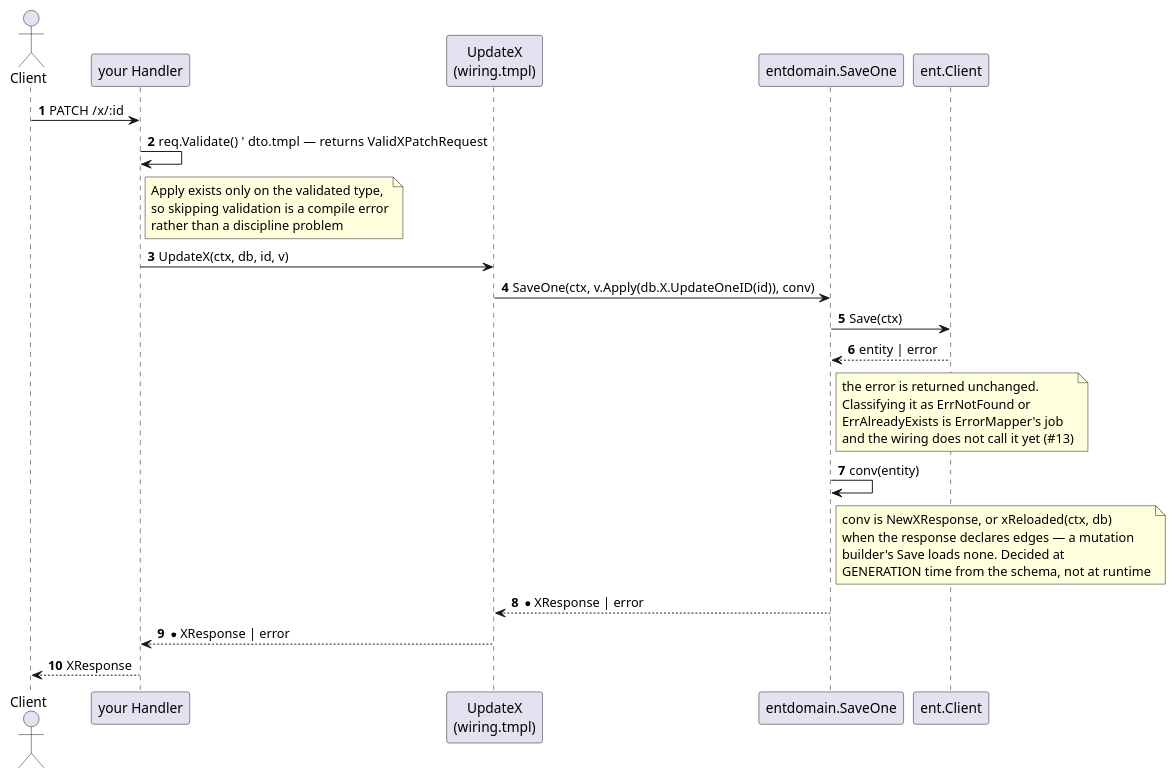
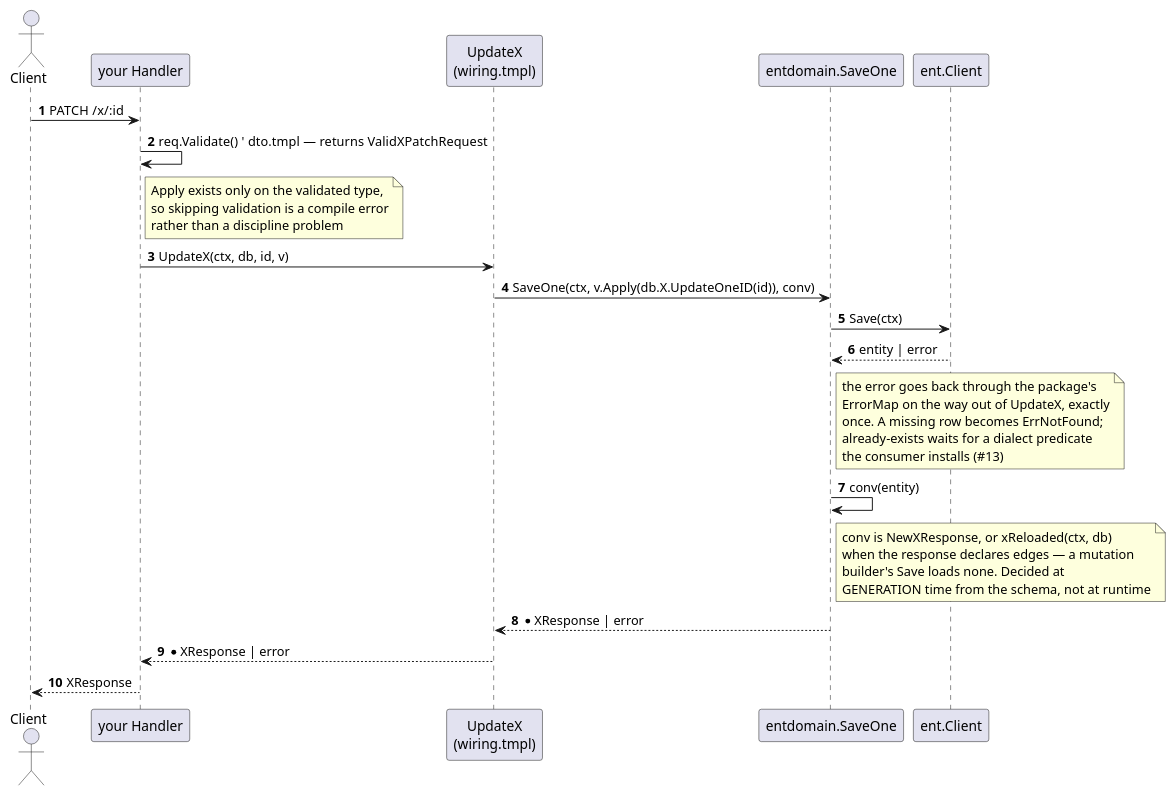
Before and after one commit to githonllc/entapi: the fifth of 5 diagrams in ARCHITECTURE.md, drawn with PlantUML. The commit also changed other lines of this file and 42 other files, not shown here.

First line of the commit message:
feat: map not-found and uniqueness in every generated operation

````diff
--- a/ARCHITECTURE.md
+++ b/ARCHITECTURE.md
@@ -269,38 +269,39 @@
 ```plantuml
 @startuml
 autonumber
 actor Client
 participant "your Handler" as H
 participant "UpdateX\n(wiring.tmpl)" as W
 participant "entdomain.SaveOne" as RT
 participant "ent.Client" as EC
 
 Client -> H : PATCH /x/:id
 H -> H : req.Validate()  ' dto.tmpl — returns ValidXPatchRequest
 note right of H
   Apply exists only on the validated type,
   so skipping validation is a compile error
   rather than a discipline problem
 end note
 H -> W : UpdateX(ctx, db, id, v)
 W -> RT : SaveOne(ctx, v.Apply(db.X.UpdateOneID(id)), conv)
 RT -> EC : Save(ctx)
 EC --> RT : entity | error
 note right of RT
-  the error is returned unchanged.
-  Classifying it as ErrNotFound or
-  ErrAlreadyExists is ErrorMapper's job
-  and the wiring does not call it yet (#13)
+  the error goes back through the package's
+  ErrorMap on the way out of UpdateX, exactly
+  once. A missing row becomes ErrNotFound;
+  already-exists waits for a dialect predicate
+  the consumer installs (#13)
 end note
 RT -> RT : conv(entity)
 note right of RT
   conv is NewXResponse, or xReloaded(ctx, db)
   when the response declares edges — a mutation
   builder's Save loads none. Decided at
   GENERATION time from the schema, not at runtime
 end note
 RT --> W : *XResponse | error
 W --> H : *XResponse | error
 H --> Client : XResponse
 @enduml
 ```
````
